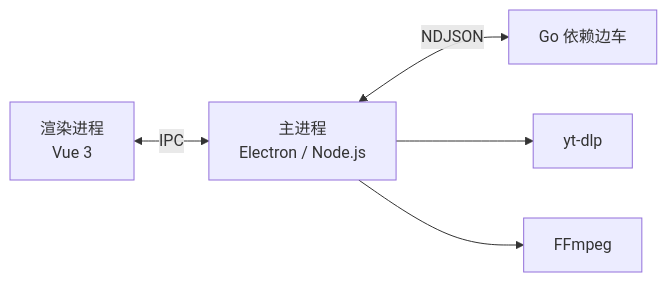
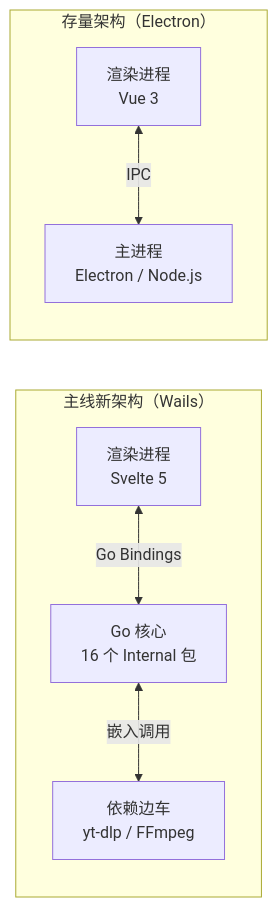
One commit to Downvid/downvid changed the diagram in README.zh-CN.md. Above: the diagram before and after it, drawn with Mermaid. The commit also changed other lines of this file and 7 other files, not shown here.

Commit message:
docs: sync website interactive preview, documentation, and architecture status

````diff
--- a/README.zh-CN.md
+++ b/README.zh-CN.md
@@ -228,7 +236,10 @@
 ```mermaid
 flowchart LR
-    UI["渲染进程<br/>Vue 3"] <-->|"IPC"| Main["主进程<br/>Electron / Node.js"]
-    Main <-->|"NDJSON"| Sidecar["Go 依赖边车"]
-    Main --> Engine["yt-dlp"]
-    Main --> Media["FFmpeg"]
+    subgraph WailsApp["主线新架构（Wails）"]
+        SvelteUI["渲染进程<br/>Svelte 5"] <-->|"Go Bindings"| GoCore["Go 核心<br/>16 个 Internal 包"]
+        GoCore <-->|"嵌入调用"| Sidecar["依赖边车<br/>yt-dlp / FFmpeg"]
+    end
+    subgraph LegacyApp["存量架构（Electron）"]
+        VueUI["渲染进程<br/>Vue 3"] <-->|"IPC"| Main["主进程<br/>Electron / Node.js"]
+    end
 ```
````
